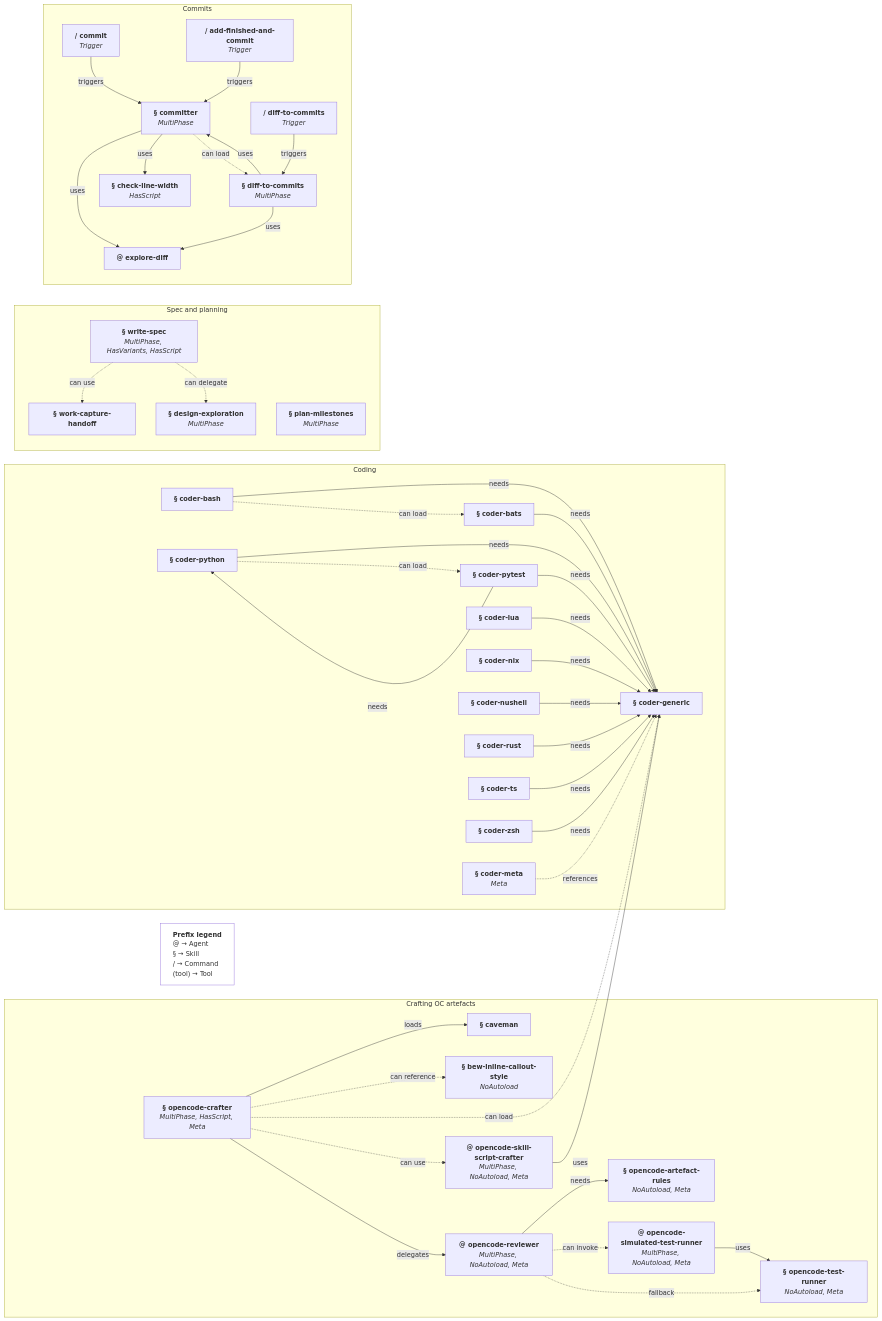
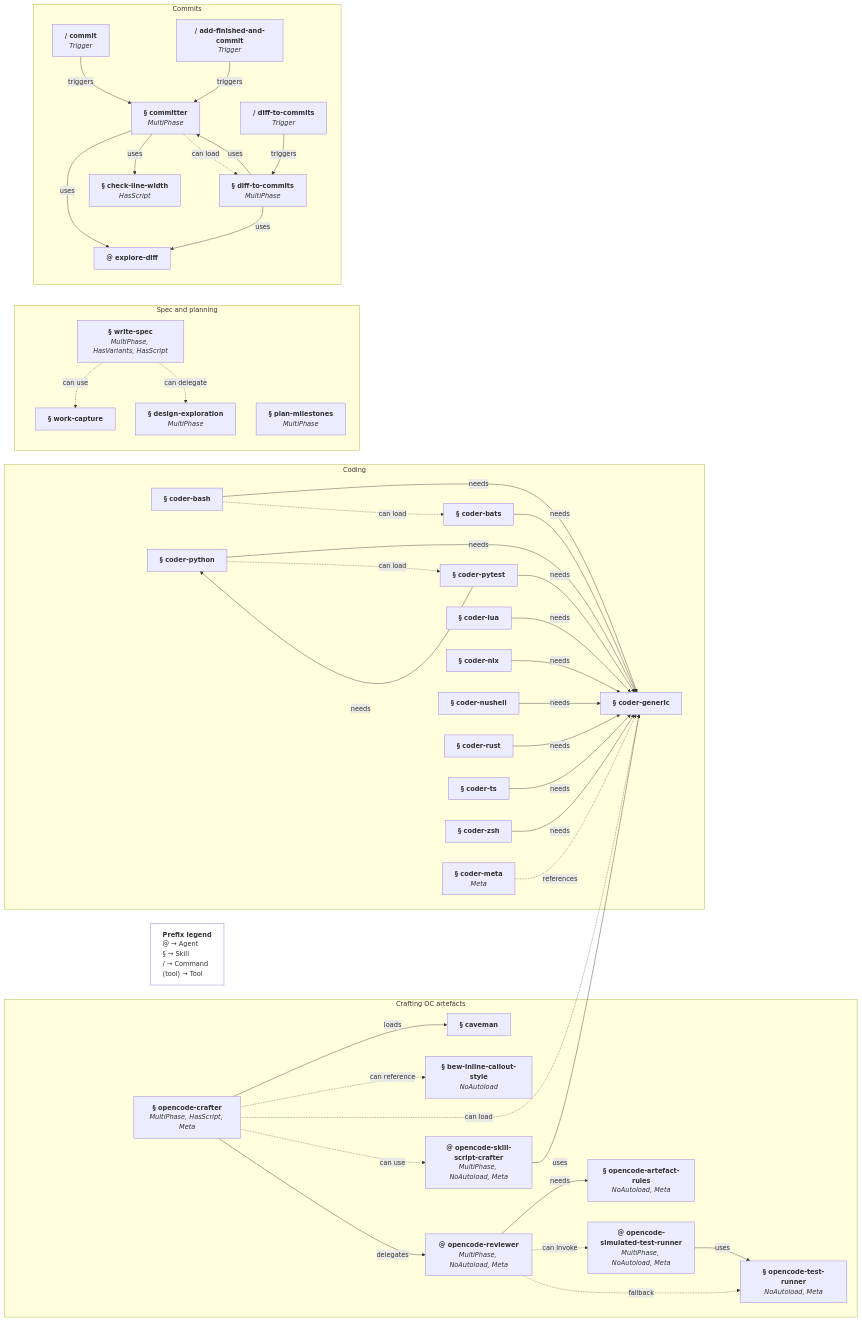
Before and after one commit to bew/dotfiles: the first of 2 diagrams in opencode/MY_AI_STUFF.md, drawn with Mermaid. The commit also changed other lines of this file and 13 other files, not shown here.

First line of the commit message:
oc(work-capture): Add optional follow mode / drop `-handoff` suffix

```diff
--- a/opencode/MY_AI_STUFF.md
+++ b/opencode/MY_AI_STUFF.md
@@ -33,7 +33,7 @@
   %% Referenced by the craft/spec subgraphs but not members of them.
   sk_cav["<b>§ caveman</b>"]
   sk_bew_callout["<b>§ bew-inline-callout-style</b><br/><i>NoAutoload</i>"]
-  sk_work_capture["<b>§ work-capture-handoff</b>"]
+  sk_work_capture["<b>§ work-capture</b>"]
   legend["<b>Prefix legend</b><br/>@ → Agent<br/>§ → Skill<br/>/ → Command<br/>(tool) → Tool"]
   style legend text-align:left,fill:none
 
```
